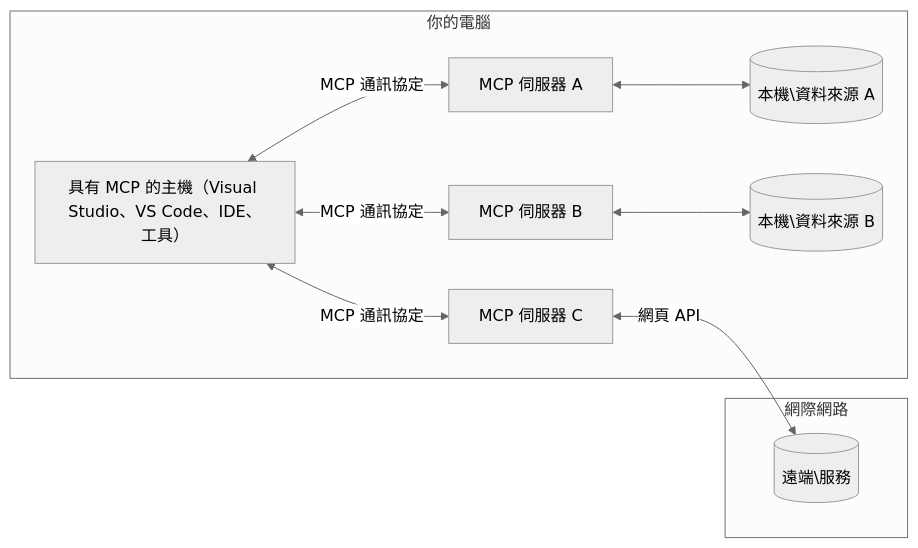
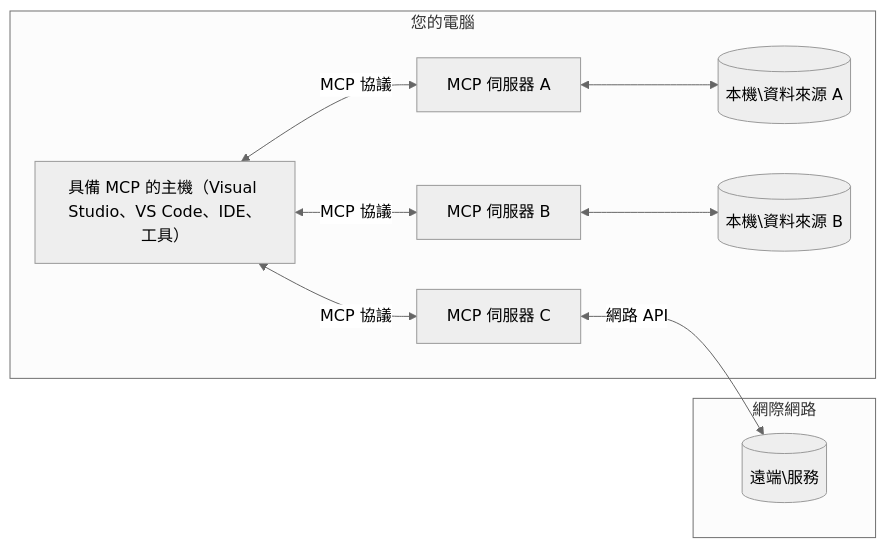
Before and after one commit to Mu-L/mcp-for-beginners: the diagram in translations/zh-TW/01-CoreConcepts/README.md, drawn with Mermaid (neutral theme). The commit also changed other lines of this file and 5 other files, not shown here.

````diff
--- a/translations/zh-TW/01-CoreConcepts/README.md
+++ b/translations/zh-TW/01-CoreConcepts/README.md
@@ -45,17 +44,17 @@
 ```mermaid
 flowchart LR
-    subgraph "你的電腦"
-        Host["具有 MCP 的主機（Visual Studio、VS Code、IDE、工具）"]
+    subgraph "您的電腦"
+        Host["具備 MCP 的主機（Visual Studio、VS Code、IDE、工具）"]
         S1["MCP 伺服器 A"]
         S2["MCP 伺服器 B"]
         S3["MCP 伺服器 C"]
-        Host <-->|"MCP 通訊協定"| S1
-        Host <-->|"MCP 通訊協定"| S2
-        Host <-->|"MCP 通訊協定"| S3
+        Host <-->|"MCP 協議"| S1
+        Host <-->|"MCP 協議"| S2
+        Host <-->|"MCP 協議"| S3
         S1 <--> D1[("本機\資料來源 A")]
         S2 <--> D2[("本機\資料來源 B")]
     end
     subgraph "網際網路"
-        S3 <-->|"網頁 API"| D3[("遠端\服務")]
+        S3 <-->|"網路 API"| D3[("遠端\服務")]
     end
 ```
````
